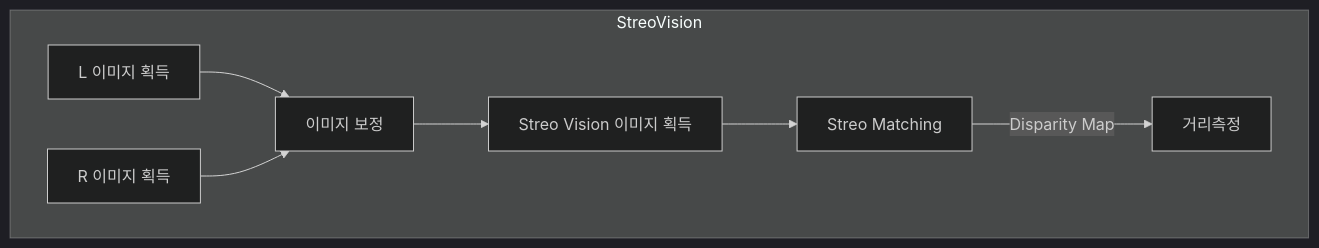
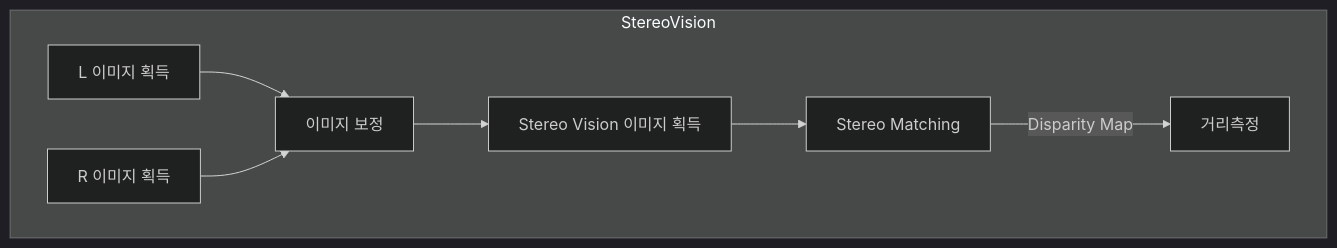
The second of 2 diagrams in 1. StreoVision/README.md (SagiK-Repository/StereoVision), drawn with Mermaid (dark theme) before and after one commit. The commit also changed other lines of this file, not shown here.

Commit message:
Edit Streo > Stereo

````diff
--- a/1. StreoVision/README.md
+++ b/1. StreoVision/README.md
@@ -135,10 +138,10 @@
 ```mermaid
 flowchart LR
-subgraph ide1 [StreoVision]
+subgraph ide1 [StereoVision]
 direction LR
 LR_1["L 이미지 획득"] & LR_2["R 이미지 획득"] --> A_1
 A_1["이미지 보정"]
-A_1 --> A_2["Streo Vision 이미지 획득"]
-A_2 --> A_3["Streo Matching"] --"Disparity Map"--> A_5["거리측정"]
+A_1 --> A_2["Stereo Vision 이미지 획득"]
+A_2 --> A_3["Stereo Matching"] --"Disparity Map"--> A_5["거리측정"]
 end
 ```
````
